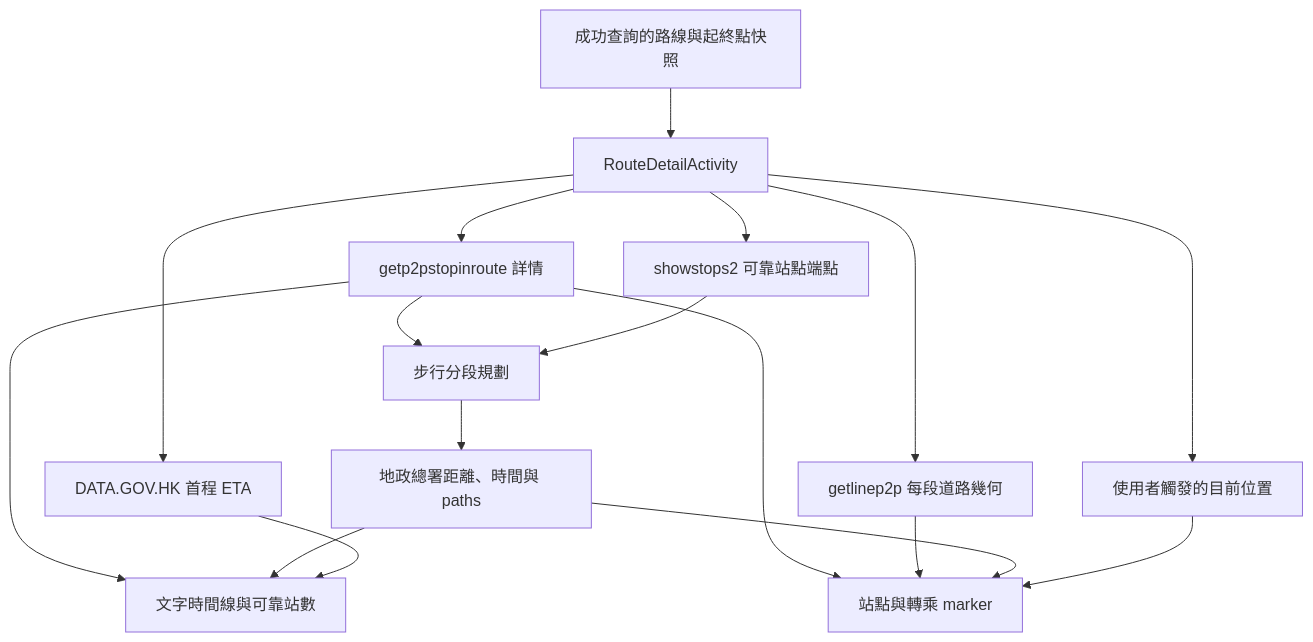
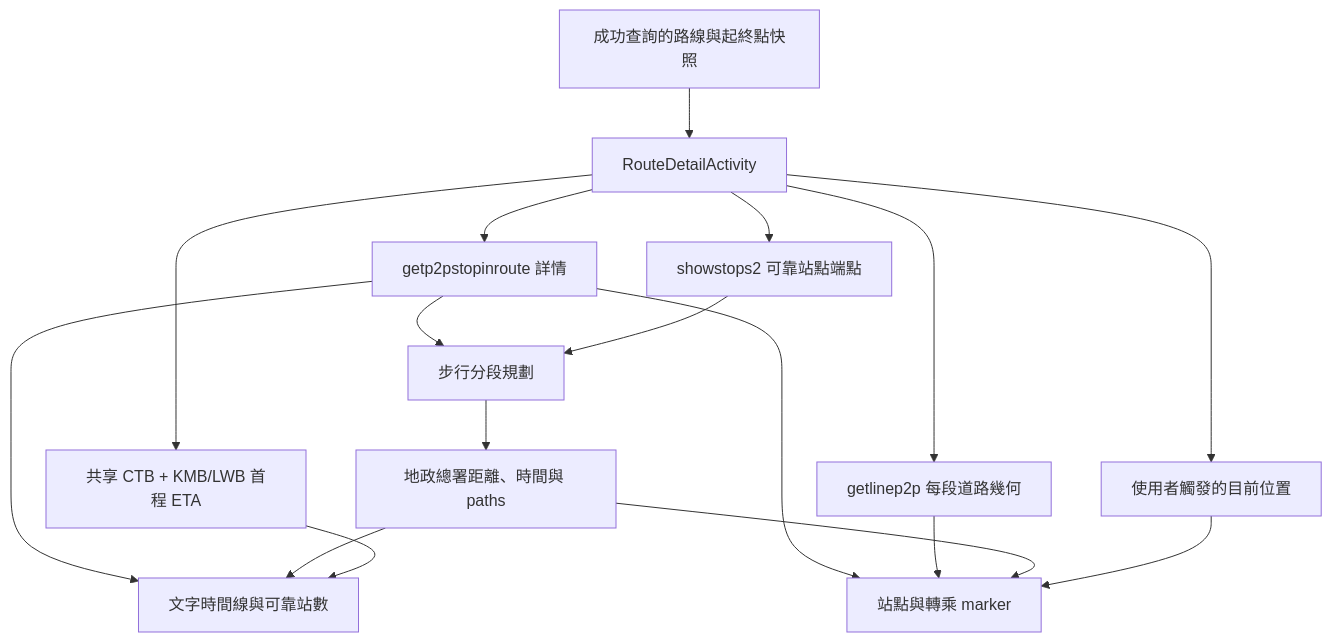
The third of 3 diagrams in docs/architecture.md (TianLanhe/BusIsComing), drawn with Mermaid before and after one commit. The commit also changed other lines of this file and 74 other files, not shown here.

````diff
--- a/docs/architecture.md
+++ b/docs/architecture.md
@@ -63,19 +81,19 @@
 ```mermaid
 flowchart TD
     Snapshot["成功查詢的路線與起終點快照"] --> Page["RouteDetailActivity"]
     Page --> Detail["getp2pstopinroute 詳情"]
     Page --> StopMap["showstops2 可靠站點端點"]
     Page --> Geometry["getlinep2p 每段道路幾何"]
-    Page --> Eta["DATA.GOV.HK 首程 ETA"]
+    Page --> Eta["共享 CTB + KMB/LWB 首程 ETA"]
     Page --> Location["使用者觸發的目前位置"]
     Detail --> Planner["步行分段規劃"]
     StopMap --> Planner
     Planner --> CSDI["地政總署距離、時間與 paths"]
     Detail --> Timeline["文字時間線與可靠站數"]
     CSDI --> Timeline
     Detail --> Map["站點與轉乘 marker"]
     Geometry --> Map
     CSDI --> Map
     Eta --> Timeline
     Location --> Map
 ```
````
